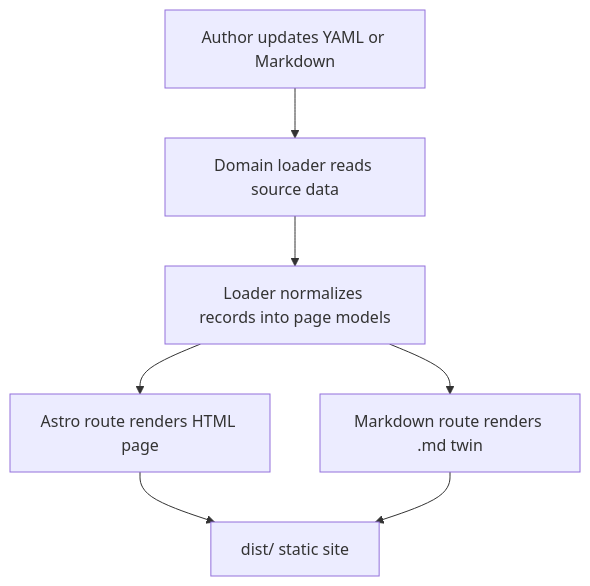
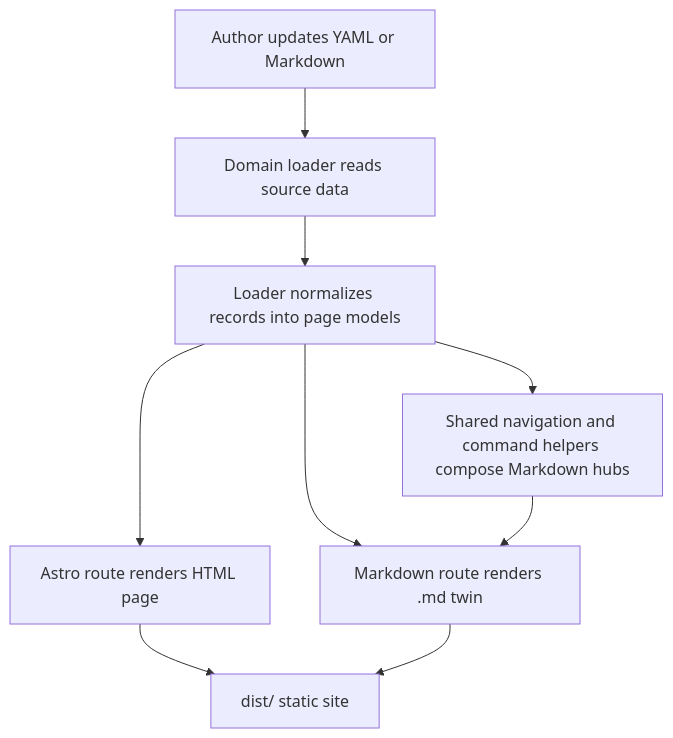
Before and after one commit to gvillarroel/technology: the second of 2 diagrams in docs/architecture/system-overview.md, drawn with Mermaid. The commit also changed other lines of this file and 244 other files, not shown here.

Commit message:
Strengthen dynamic Markdown navigation and document assistant use cases

````diff
--- a/docs/architecture/system-overview.md
+++ b/docs/architecture/system-overview.md
@@ -85,9 +93,11 @@
 ```mermaid
 flowchart TD
     A["Author updates YAML or Markdown"] --> B["Domain loader reads source data"]
     B --> C["Loader normalizes records into page models"]
     C --> D["Astro route renders HTML page"]
     C --> E["Markdown route renders .md twin"]
+    C --> G["Shared navigation and command helpers compose Markdown hubs"]
     D --> F["dist/ static site"]
     E --> F
+    G --> E
 ```
````
